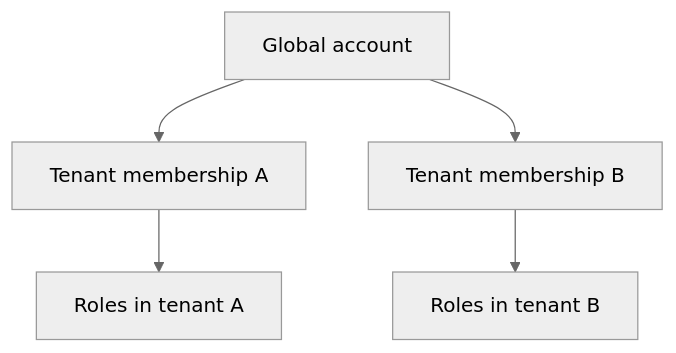
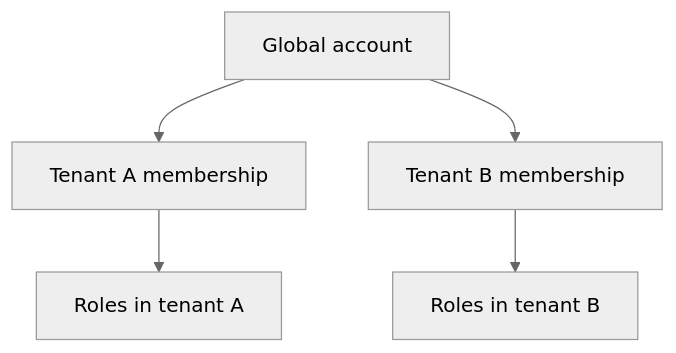
One commit to farismnrr/portofolio changed the first of 3 diagrams in frontend/content/projects/multitenant-user-management.md. Above: the diagram before and after it, drawn with Mermaid (neutral theme). The commit also changed other lines of this file and 6 other files, not shown here.

````diff
--- a/frontend/content/projects/multitenant-user-management.md
+++ b/frontend/content/projects/multitenant-user-management.md
@@ -59,7 +48,7 @@
 ```mermaid
 flowchart TD
-    A[Global account] --> T1[Tenant membership A]
-    A --> T2[Tenant membership B]
+    A[Global account] --> T1[Tenant A membership]
+    A --> T2[Tenant B membership]
     T1 --> R1[Roles in tenant A]
     T2 --> R2[Roles in tenant B]
 ```
````
